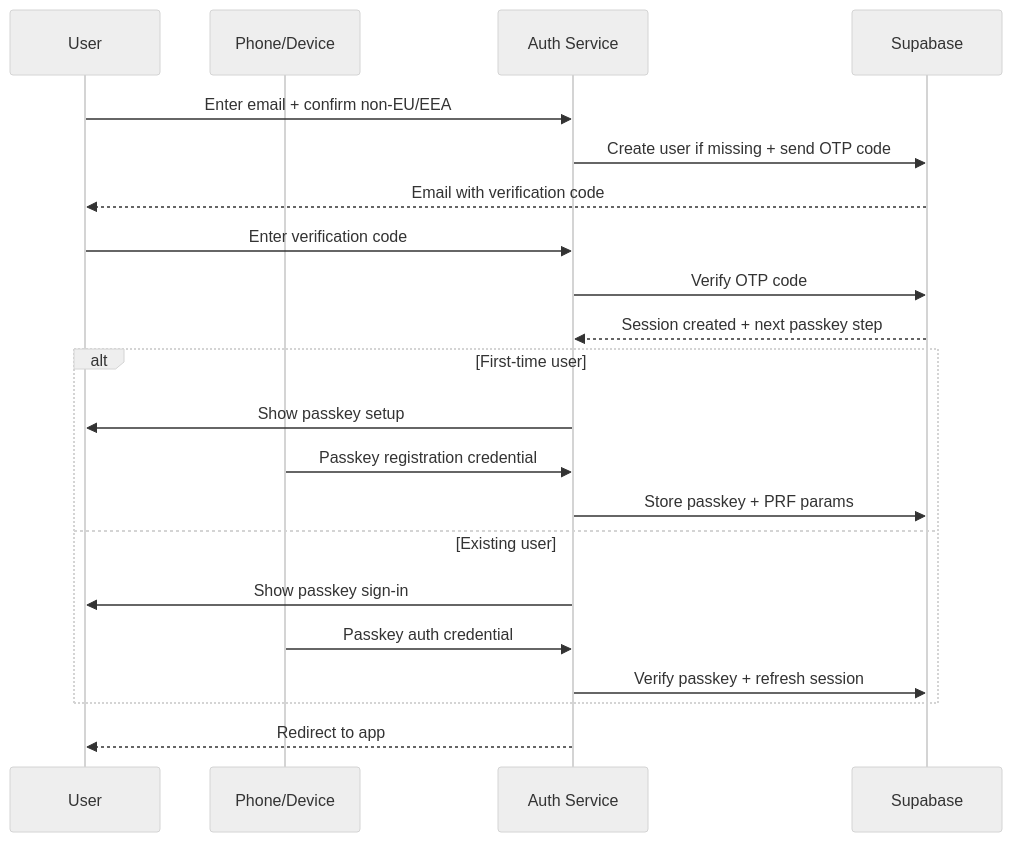
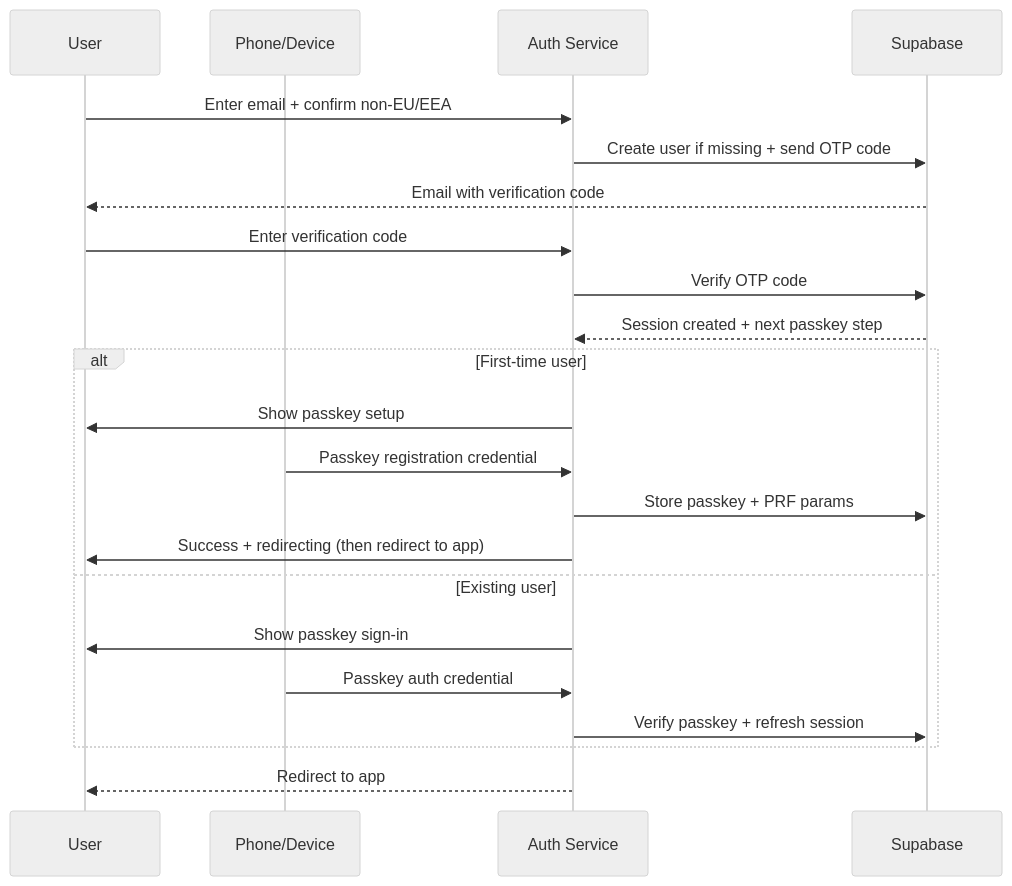
Before and after one commit to CasparRubin/helvety: the diagram in apps/auth/README.md, drawn with Mermaid (neutral theme). The commit also changed other lines of this file and 7 other files, not shown here.

````diff
--- a/apps/auth/README.md
+++ b/apps/auth/README.md
@@ -68,24 +68,25 @@
 ```mermaid
 sequenceDiagram
     participant U as User
     participant P as Phone/Device
     participant A as Auth Service
     participant S as Supabase
 
     U->>A: Enter email + confirm non-EU/EEA
     A->>S: Create user if missing + send OTP code
     S-->>U: Email with verification code
     U->>A: Enter verification code
     A->>S: Verify OTP code
     S-->>A: Session created + next passkey step
     alt First-time user
       A->>U: Show passkey setup
       P->>A: Passkey registration credential
       A->>S: Store passkey + PRF params
+      A->>U: Success + redirecting (then redirect to app)
     else Existing user
       A->>U: Show passkey sign-in
       P->>A: Passkey auth credential
       A->>S: Verify passkey + refresh session
     end
     A-->>U: Redirect to app
 ```
````
